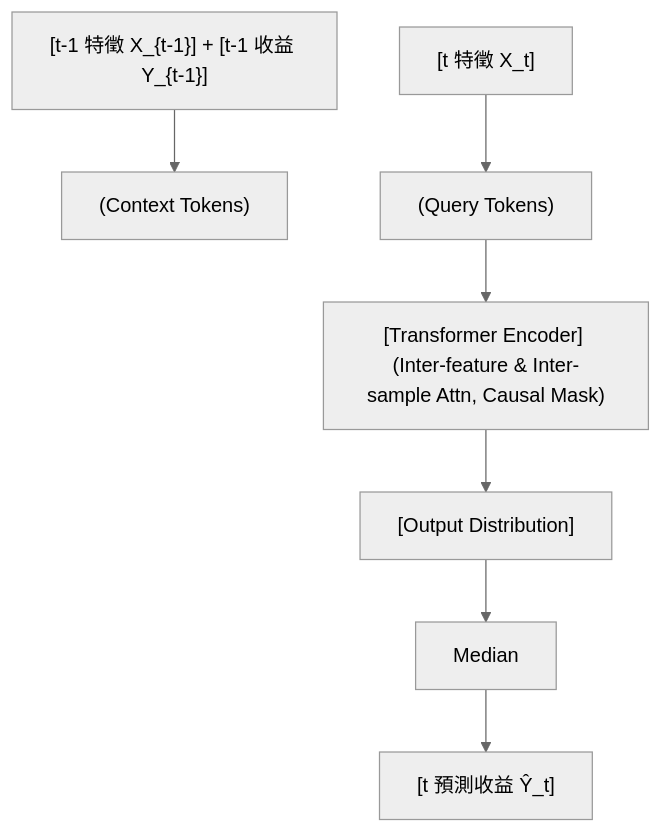
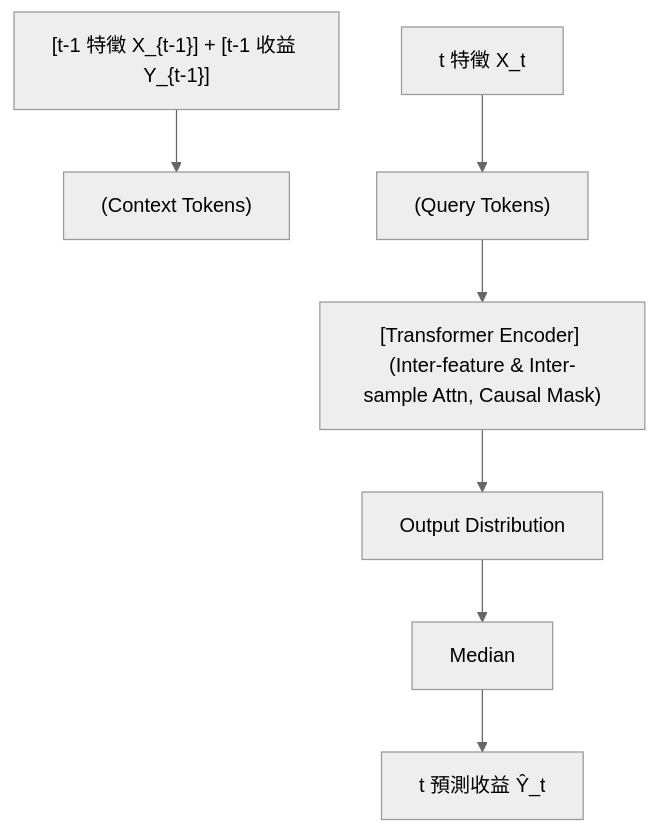
The diagram in foundations/time-series-forecasting/finpfn.md (sou350121/Trading-Handbook), drawn with Mermaid (neutral theme) before and after one commit. The commit also changed 191 other files, not shown here.

First line of the commit message:
render: fix math + mermaid for GitHub across the corpus (188 pages)

````diff
--- a/foundations/time-series-forecasting/finpfn.md
+++ b/foundations/time-series-forecasting/finpfn.md
@@ -33,9 +33,9 @@
 ```mermaid
 flowchart TD
   A["[t-1 特徵 X_{t-1}] + [t-1 收益 Y_{t-1}]"] --> B["(Context Tokens)"]
-  C["[t 特徵 X_t]"] --> D["(Query Tokens)"]
-  D --> E["[Transformer Encoder] (Inter-feature & Inter-sample Attn, Causal Mask)"]
-  E --> F["[Output Distribution]"]
+  C["t 特徵 X_t"] --> D["(Query Tokens)"]
+  D --> E["[Transformer Encoder] (Inter-feature &amp; Inter-sample Attn, Causal Mask)"]
+  E --> F["Output Distribution"]
   F --> G["Median"]
-  G --> H["[t 預測收益 Ŷ_t]"]
+  G --> H["t 預測收益 Ŷ_t"]
 ```
````
